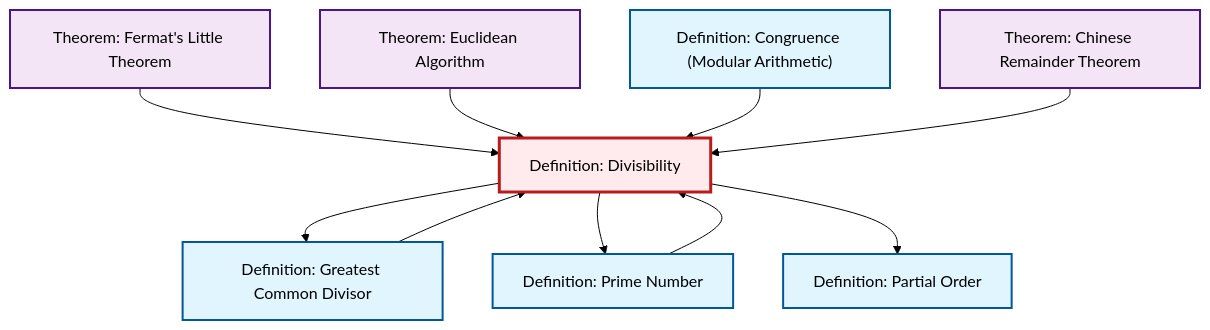
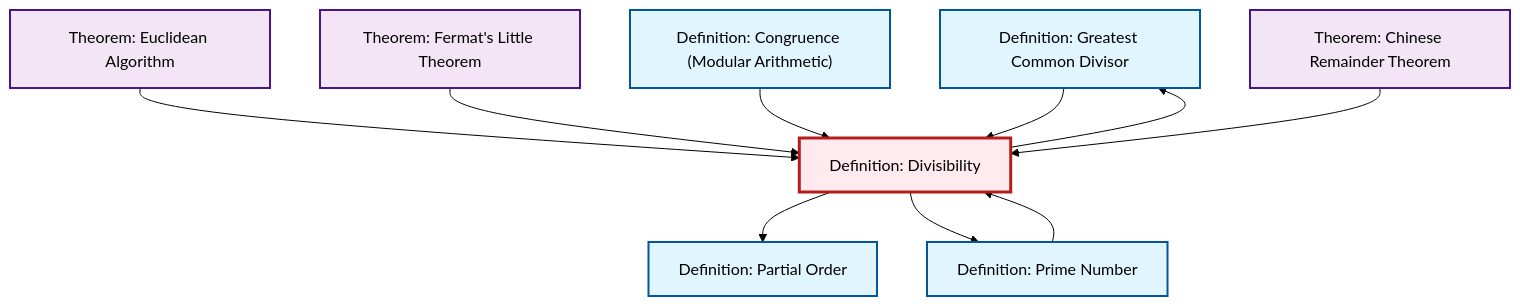
One commit to RK0429/ModernMath changed the diagram in content/ja/number-theory/def-divisibility.qmd. Above: the diagram before and after it, drawn with Mermaid (forest theme). The commit also changed other lines of this file and 597 other files, not shown here.

````diff
--- a/content/ja/number-theory/def-divisibility.qmd
+++ b/content/ja/number-theory/def-divisibility.qmd
@@ -98,34 +98,34 @@
 ```{mermaid}
 %%| fig-cap: "Local dependency graph"
 graph TD
     classDef definition fill:#e1f5fe,stroke:#01579b,stroke-width:2px
     classDef theorem fill:#f3e5f5,stroke:#4a148c,stroke-width:2px
     classDef axiom fill:#fff3e0,stroke:#e65100,stroke-width:2px
     classDef example fill:#e8f5e9,stroke:#1b5e20,stroke-width:2px
     classDef current fill:#ffebee,stroke:#b71c1c,stroke-width:3px
+    def-partial-order["Definition: Partial Order"]:::definition
+    def-gcd["Definition: Greatest Common Divisor"]:::definition
+    def-congruence["Definition: Congruence (Modular Arithmetic)"]:::definition
+    thm-fermat-little["Theorem: Fermat's Little Theorem"]:::theorem
+    thm-chinese-remainder["Theorem: Chinese Remainder Theorem"]:::theorem
+    thm-euclidean-algorithm["Theorem: Euclidean Algorithm"]:::theorem
+    def-prime["Definition: Prime Number"]:::definition
     def-divisibility["Definition: Divisibility"]:::definition
-    thm-euclidean-algorithm["Theorem: Euclidean Algorithm"]:::theorem
-    thm-chinese-remainder["Theorem: Chinese Remainder Theorem"]:::theorem
-    def-prime["Definition: Prime Number"]:::definition
-    def-partial-order["Definition: Partial Order"]:::definition
-    def-congruence["Definition: Congruence (Modular Arithmetic)"]:::definition
-    def-gcd["Definition: Greatest Common Divisor"]:::definition
-    thm-fermat-little["Theorem: Fermat's Little Theorem"]:::theorem
+    def-divisibility --> def-partial-order
+    thm-euclidean-algorithm --> def-divisibility
+    thm-fermat-little --> def-divisibility
     def-divisibility --> def-gcd
+    def-congruence --> def-divisibility
+    def-gcd --> def-divisibility
     def-divisibility --> def-prime
-    thm-fermat-little --> def-divisibility
-    def-gcd --> def-divisibility
     def-prime --> def-divisibility
-    thm-euclidean-algorithm --> def-divisibility
-    def-divisibility --> def-partial-order
-    def-congruence --> def-divisibility
     thm-chinese-remainder --> def-divisibility
     class def-divisibility current
+    click def-partial-order "def-partial-order.html" "Definition: Partial Orderへ"
+    click def-gcd "def-gcd.html" "Definition: Greatest Common Divisorへ"
+    click def-congruence "def-congruence.html" "Definition: Congruence (Modular Arithmetic)へ"
+    click thm-fermat-little "thm-fermat-little.html" "Theorem: Fermat's Little Theoremへ"
+    click thm-chinese-remainder "thm-chinese-remainder.html" "Theorem: Chinese Remainder Theoremへ"
     click thm-euclidean-algorithm "thm-euclidean-algorithm.html" "Theorem: Euclidean Algorithmへ"
-    click thm-chinese-remainder "thm-chinese-remainder.html" "Theorem: Chinese Remainder Theoremへ"
     click def-prime "def-prime.html" "Definition: Prime Numberへ"
-    click def-partial-order "def-partial-order.html" "Definition: Partial Orderへ"
-    click def-congruence "def-congruence.html" "Definition: Congruence (Modular Arithmetic)へ"
-    click def-gcd "def-gcd.html" "Definition: Greatest Common Divisorへ"
-    click thm-fermat-little "thm-fermat-little.html" "Theorem: Fermat's Little Theoremへ"
 ```
````
